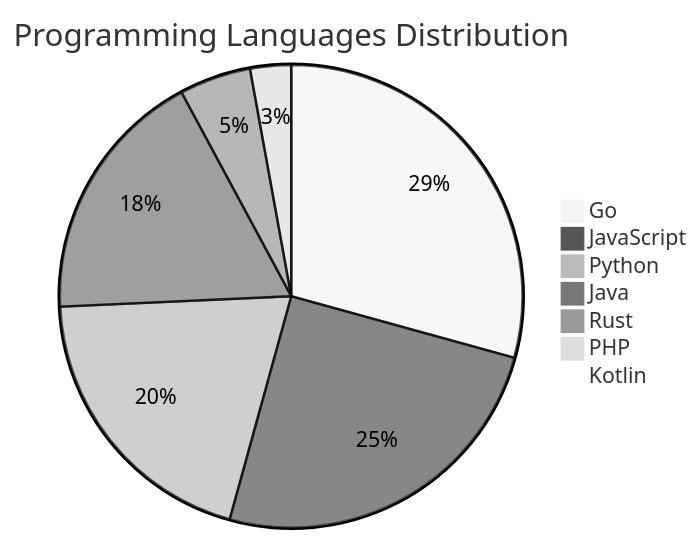
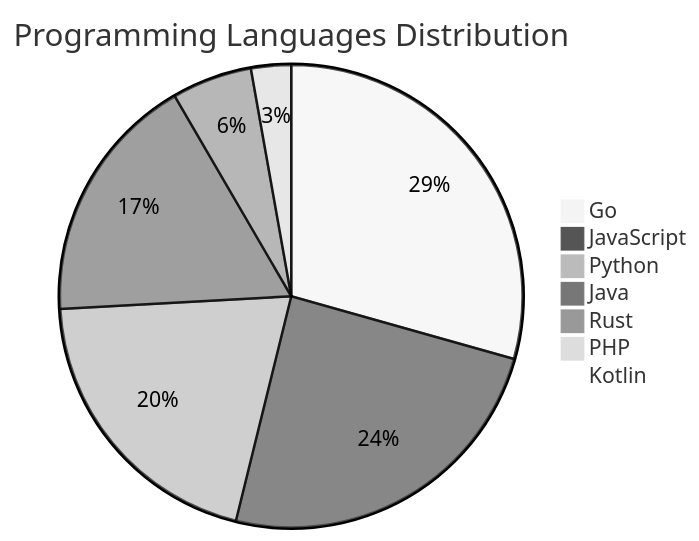
Before and after one commit to Derrick-MUGISHA/github-activity-bot: the diagram in README.md, drawn with Mermaid (neutral theme). The commit also changed other lines of this file and 4 other files, not shown here.

````diff
--- a/README.md
+++ b/README.md
@@ -207,10 +207,10 @@
 ```mermaid
 pie title Programming Languages Distribution
-    "Go" : 41
+    "Go" : 42
     "JavaScript" : 35
-    "Python" : 28
+    "Python" : 29
     "Java" : 25
-    "Rust" : 7
+    "Rust" : 8
     "PHP" : 4
     "Kotlin" : 1
 ```
````
